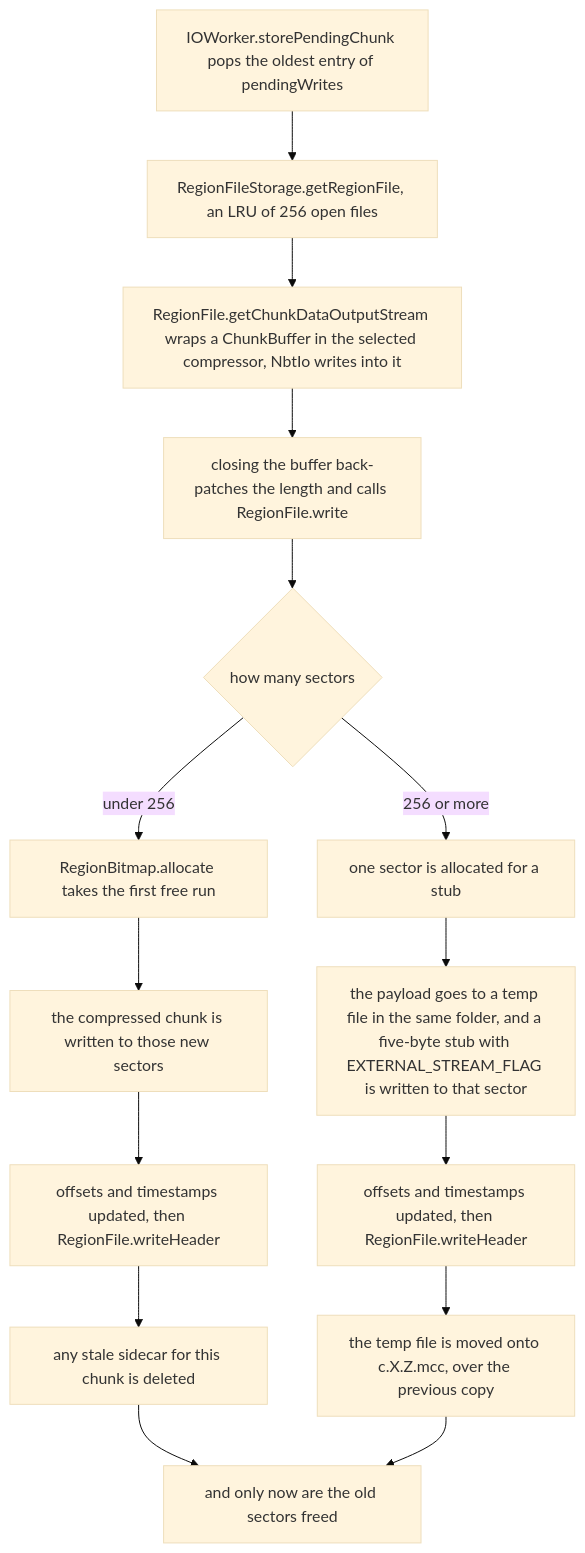
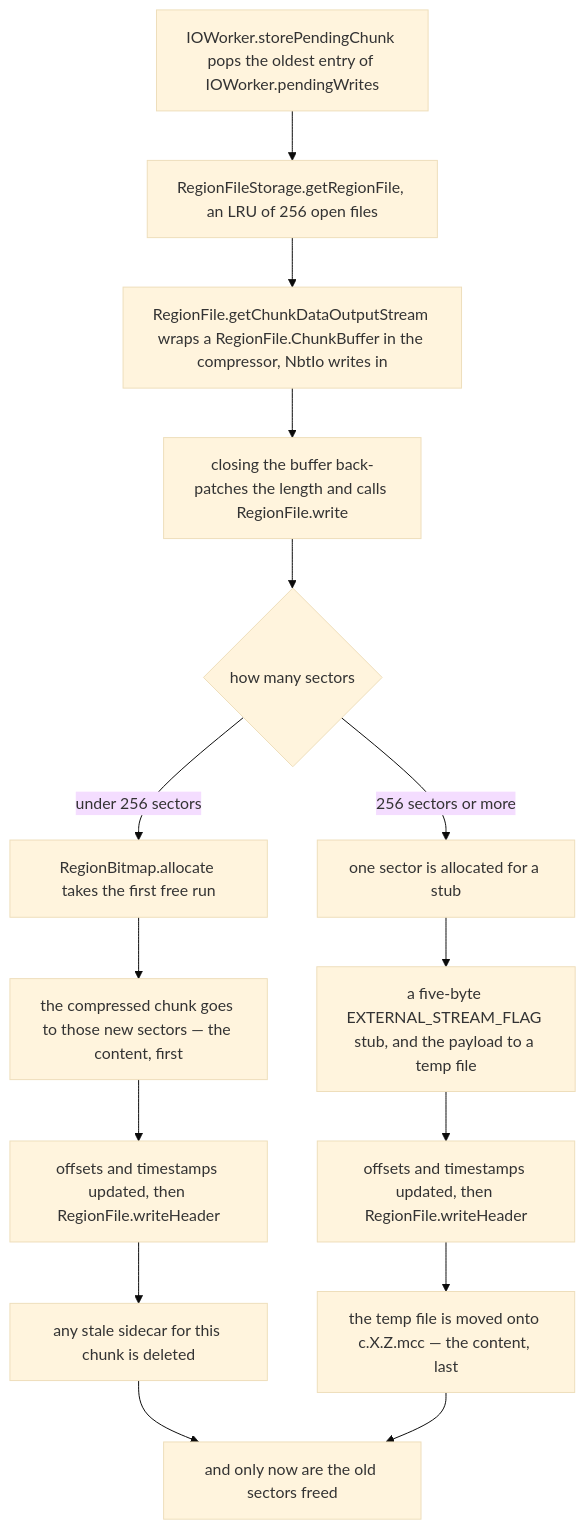
One commit to AlexanderjFraser/MinecraftDocs changed the third of 3 diagrams in src/systems/world/chunk-storage.md. Above: the diagram before and after it, drawn with Mermaid (base theme). The commit also changed other lines of this file and 22 other files, not shown here.

````diff
--- a/src/systems/world/chunk-storage.md
+++ b/src/systems/world/chunk-storage.md
@@ -260,17 +287,17 @@
 ```mermaid
 flowchart TD
-    A["IOWorker.storePendingChunk pops the oldest entry of pendingWrites"] --> B["RegionFileStorage.getRegionFile, an LRU of 256 open files"]
-    B --> C["RegionFile.getChunkDataOutputStream wraps a ChunkBuffer in the selected compressor, NbtIo writes into it"]
+    A["IOWorker.storePendingChunk pops the oldest entry of IOWorker.pendingWrites"] --> B["RegionFileStorage.getRegionFile, an LRU of 256 open files"]
+    B --> C["RegionFile.getChunkDataOutputStream wraps a RegionFile.ChunkBuffer in the compressor, NbtIo writes in"]
     C --> D["closing the buffer back-patches the length and calls RegionFile.write"]
     D --> E{"how many sectors"}
-    E -- "under 256" --> F1["RegionBitmap.allocate takes the first free run"]
-    F1 --> F2["the compressed chunk is written to those new sectors"]
+    E -- "under 256 sectors" --> F1["RegionBitmap.allocate takes the first free run"]
+    F1 --> F2["the compressed chunk goes to those new sectors — the content, first"]
     F2 --> F3["offsets and timestamps updated, then RegionFile.writeHeader"]
     F3 --> F4["any stale sidecar for this chunk is deleted"]
     F4 --> Z["and only now are the old sectors freed"]
-    E -- "256 or more" --> G1["one sector is allocated for a stub"]
-    G1 --> G2["the payload goes to a temp file in the same folder, and a five-byte stub with EXTERNAL_STREAM_FLAG is written to that sector"]
+    E -- "256 sectors or more" --> G1["one sector is allocated for a stub"]
+    G1 --> G2["a five-byte EXTERNAL_STREAM_FLAG stub, and the payload to a temp file"]
     G2 --> G3["offsets and timestamps updated, then RegionFile.writeHeader"]
-    G3 --> G4["the temp file is moved onto c.X.Z.mcc, over the previous copy"]
+    G3 --> G4["the temp file is moved onto c.X.Z.mcc — the content, last"]
     G4 --> Z
 ```
````
